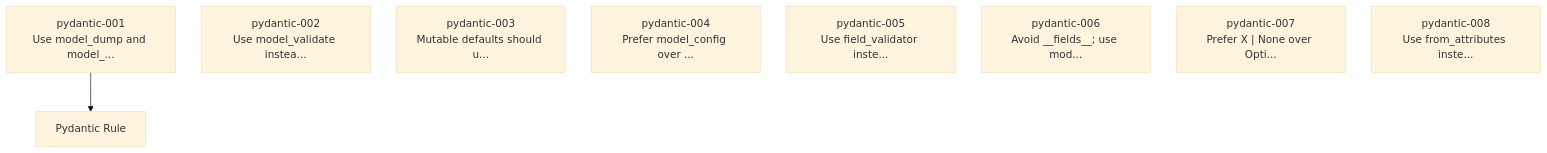
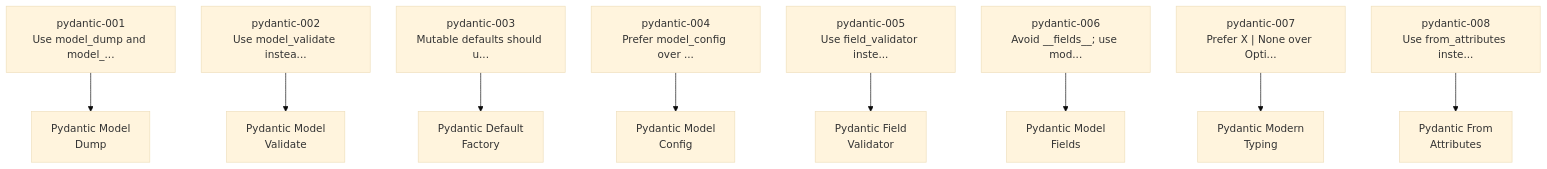
One commit to Anselmoo/mcp-zen-of-languages changed the first of 4 diagrams in docs/user-guide/frameworks/pydantic.md. Above: the diagram before and after it, drawn with Mermaid. The commit also changed other lines of this file and 41 other files, not shown here.

````diff
--- a/docs/user-guide/frameworks/pydantic.md
+++ b/docs/user-guide/frameworks/pydantic.md
@@ -167,14 +179,28 @@
     ```mermaid
     %%{init: {"theme": "base", "flowchart": {"useMaxWidth": false, "htmlLabels": true, "nodeSpacing": 40, "rankSpacing": 60}}}%%
     graph TD
     pydantic_001["pydantic-001<br/>Use model_dump and model_..."]
     pydantic_002["pydantic-002<br/>Use model_validate instea..."]
     pydantic_003["pydantic-003<br/>Mutable defaults should u..."]
     pydantic_004["pydantic-004<br/>Prefer model_config over ..."]
     pydantic_005["pydantic-005<br/>Use field_validator inste..."]
     pydantic_006["pydantic-006<br/>Avoid __fields__; use mod..."]
     pydantic_007["pydantic-007<br/>Prefer X | None over Opti..."]
     pydantic_008["pydantic-008<br/>Use from_attributes inste..."]
-    det_PydanticRuleDetector["Pydantic Rule"]
-    pydantic_001 --> det_PydanticRuleDetector
+    det_PydanticDefaultFactoryDetector["Pydantic Default<br/>Factory"]
+    pydantic_003 --> det_PydanticDefaultFactoryDetector
+    det_PydanticFieldValidatorDetector["Pydantic Field<br/>Validator"]
+    pydantic_005 --> det_PydanticFieldValidatorDetector
+    det_PydanticFromAttributesDetector["Pydantic From<br/>Attributes"]
+    pydantic_008 --> det_PydanticFromAttributesDetector
+    det_PydanticModelConfigDetector["Pydantic Model<br/>Config"]
+    pydantic_004 --> det_PydanticModelConfigDetector
+    det_PydanticModelDumpDetector["Pydantic Model<br/>Dump"]
+    pydantic_001 --> det_PydanticModelDumpDetector
+    det_PydanticModelFieldsDetector["Pydantic Model<br/>Fields"]
+    pydantic_006 --> det_PydanticModelFieldsDetector
+    det_PydanticModelValidateDetector["Pydantic Model<br/>Validate"]
+    pydantic_002 --> det_PydanticModelValidateDetector
+    det_PydanticModernTypingDetector["Pydantic Modern<br/>Typing"]
+    pydantic_007 --> det_PydanticModernTypingDetector
     ```
````
